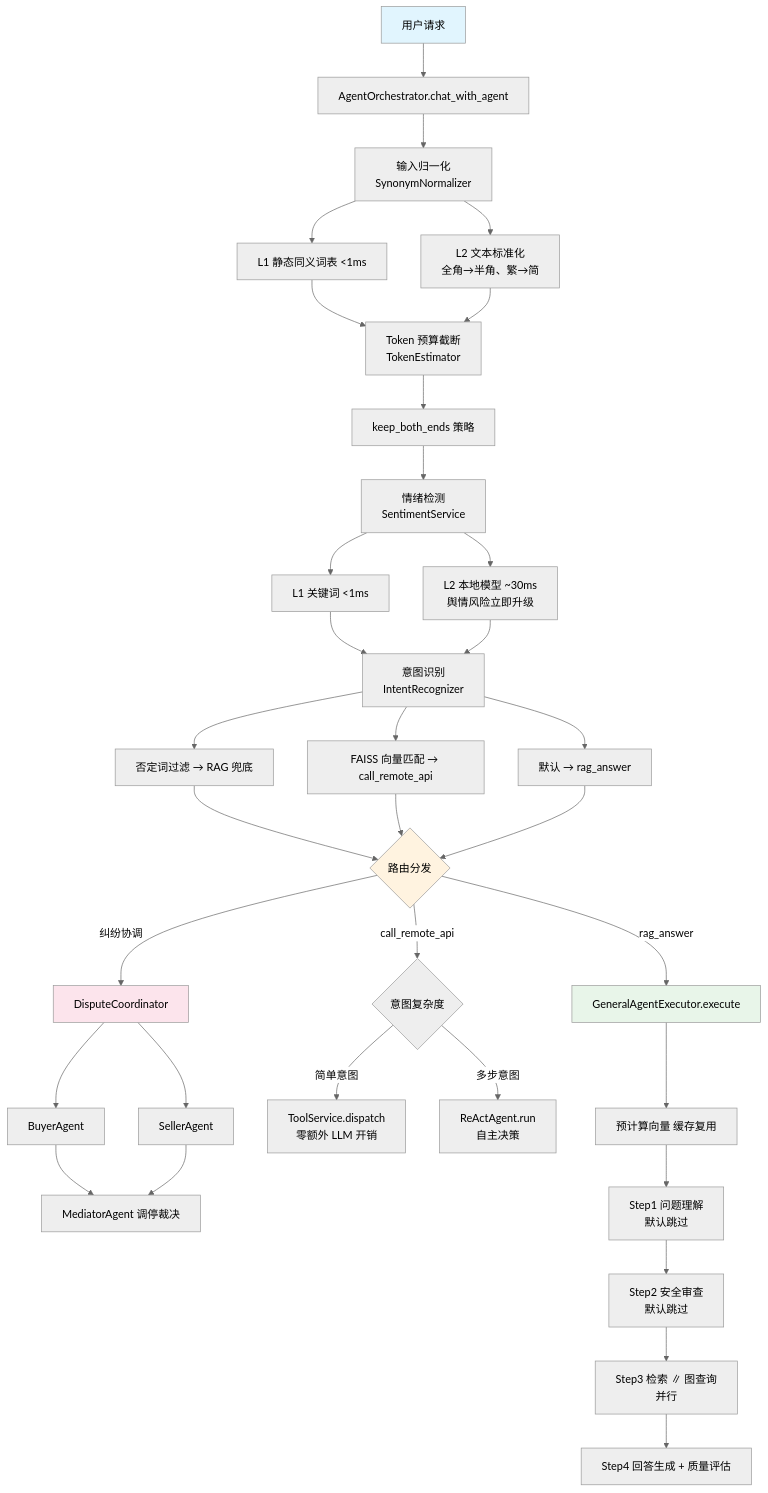
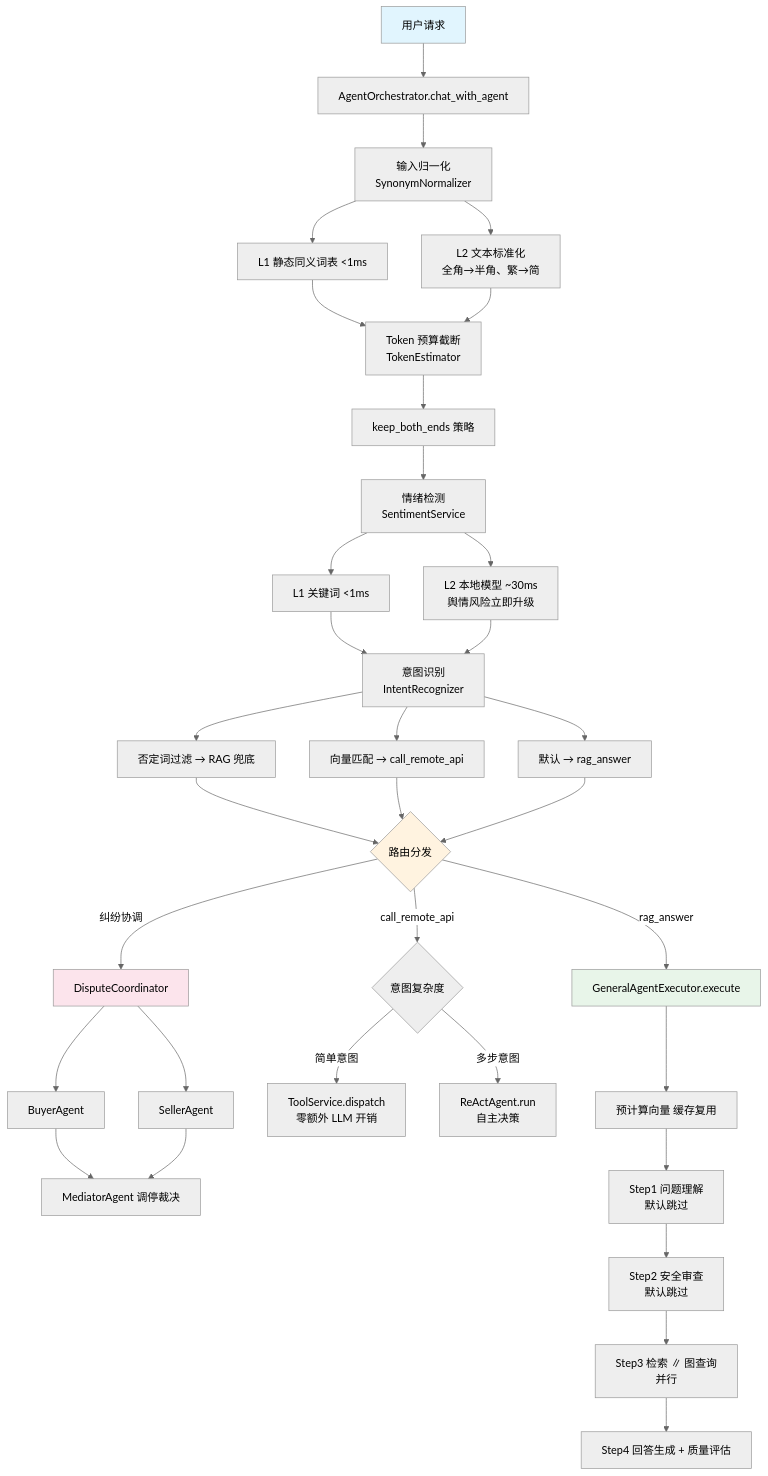
Before and after one commit to tantan1/shop-agent: the second of 2 diagrams in README.md, drawn with Mermaid (neutral theme). The commit also changed other lines of this file and 370 other files, not shown here.

````diff
--- a/README.md
+++ b/README.md
@@ -144,54 +142,54 @@
 ```mermaid
 flowchart TD
     A[用户请求] --> B[AgentOrchestrator.chat_with_agent]
 
     B --> C[输入归一化<br/>SynonymNormalizer]
-    C --> C1[L1 静态同义词表 &lt;1ms]
+    C --> C1[L1 静态同义词表 <1ms]
     C --> C2[L2 文本标准化<br/>全角→半角、繁→简]
 
     C1 --> D
     C2 --> D
 
     D[Token 预算截断<br/>TokenEstimator]
     D --> D1["keep_both_ends 策略"]
 
     D1 --> E[情绪检测<br/>SentimentService]
-    E --> E1[L1 关键词 &lt;1ms]
+    E --> E1[L1 关键词 <1ms]
     E --> E2[L2 本地模型 ~30ms<br/>舆情风险立即升级]
 
     E1 --> F
     E2 --> F
 
     F[意图识别<br/>IntentRecognizer]
     F --> F1[否定词过滤 → RAG 兜底]
-    F --> F2[FAISS 向量匹配 → call_remote_api]
+    F --> F2[向量匹配 → call_remote_api]
     F --> F3[默认 → rag_answer]
 
     F1 --> G
     F2 --> G
     F3 --> G
 
     G{路由分发}
 
     G -->|纠纷协调| H[DisputeCoordinator]
     H --> H1[BuyerAgent]
     H --> H2[SellerAgent]
     H1 --> H3[MediatorAgent 调停裁决]
     H2 --> H3
 
     G -->|call_remote_api| I{意图复杂度}
     I -->|简单意图| I1[ToolService.dispatch<br/>零额外 LLM 开销]
     I -->|多步意图| I2[ReActAgent.run<br/>自主决策]
 
     G -->|rag_answer| J[GeneralAgentExecutor.execute]
     J --> J1[预计算向量 缓存复用]
     J1 --> J2[Step1 问题理解<br/>默认跳过]
     J2 --> J3[Step2 安全审查<br/>默认跳过]
     J3 --> J4["Step3 检索 ∥ 图查询<br/>并行"]
     J4 --> J5[Step4 回答生成 + 质量评估]
 
     style A fill:#e1f5fe
     style G fill:#fff3e0
     style H fill:#fce4ec
     style J fill:#e8f5e9
 ```
````
